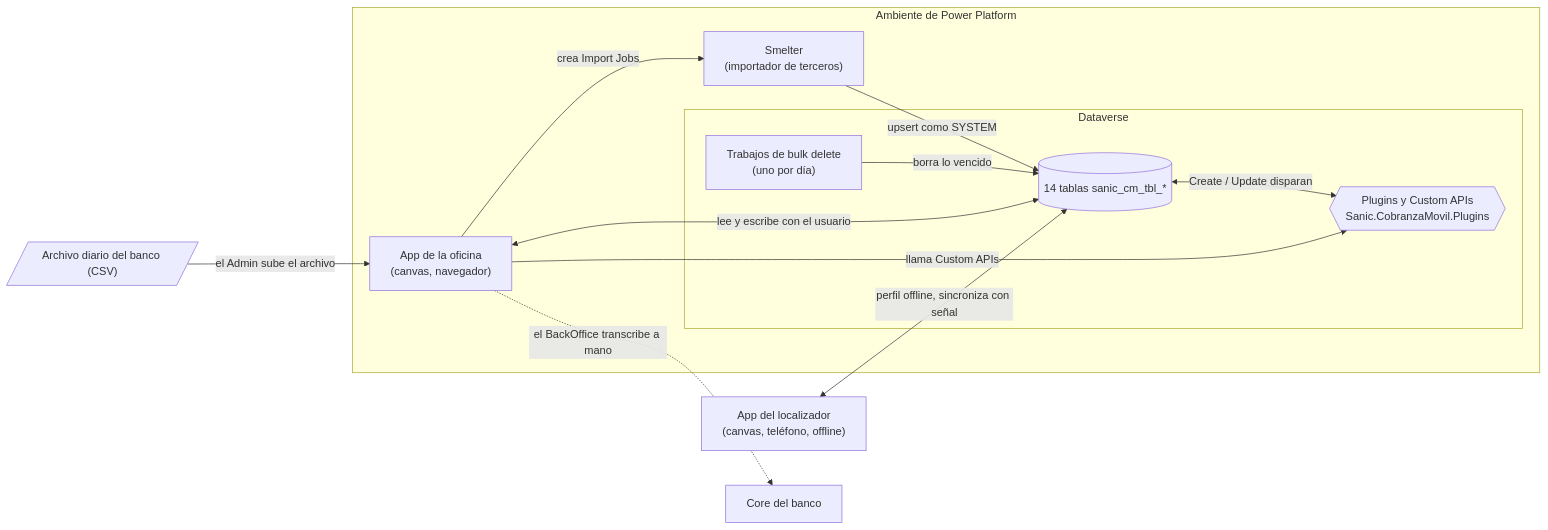
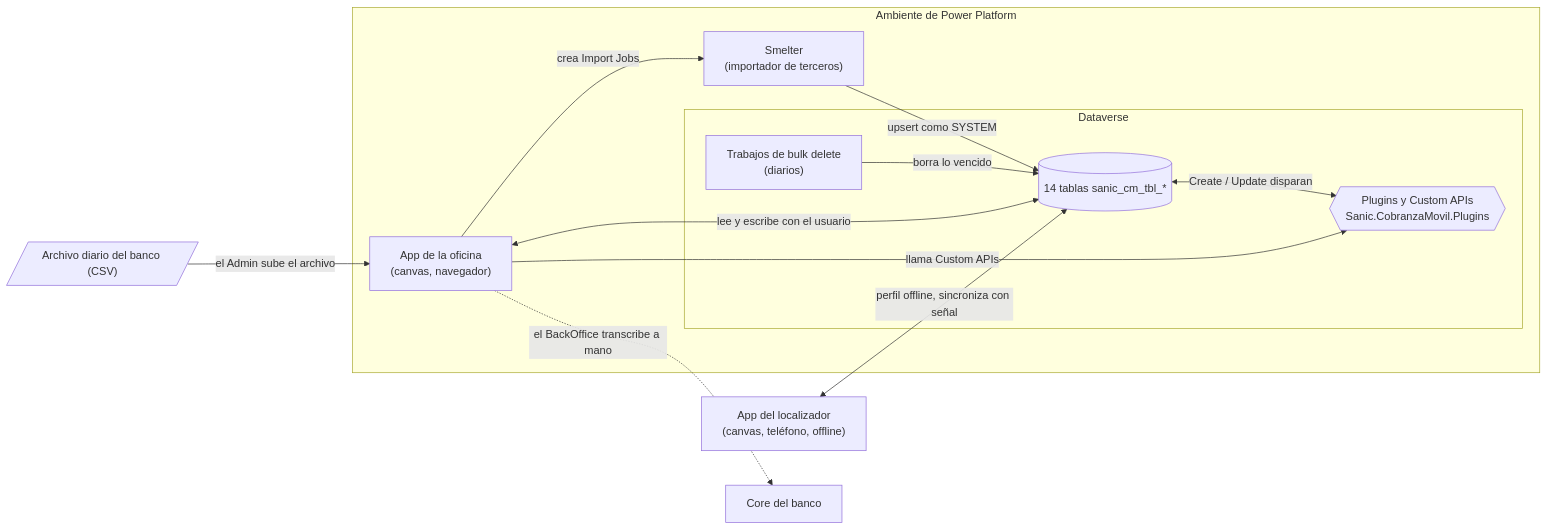
The first of 2 diagrams in docs/tecnica/01-arquitectura.md (breaking-bytes-dev/cobranza-movil), drawn with Mermaid before and after one commit. The commit also changed other lines of this file and 20 other files, not shown here.

````diff
--- a/docs/tecnica/01-arquitectura.md
+++ b/docs/tecnica/01-arquitectura.md
@@ -9,24 +9,24 @@
 ```mermaid
 flowchart LR
     BANCO[/"Archivo diario del banco (CSV)"/]
     LOC["App del localizador<br/>(canvas, teléfono, offline)"]
     CORE["Core del banco"]
     subgraph PP["Ambiente de Power Platform"]
         BO["App de la oficina<br/>(canvas, navegador)"]
         SM["Smelter<br/>(importador de terceros)"]
         subgraph DV["Dataverse"]
             T[("14 tablas sanic_cm_tbl_*")]
             PL{{"Plugins y Custom APIs<br/>Sanic.CobranzaMovil.Plugins"}}
-            BD["Trabajos de bulk delete<br/>(uno por día)"]
+            BD["Trabajos de bulk delete<br/>(diarios)"]
         end
     end
     BANCO -->|"el Admin sube el archivo"| BO
     BO -->|"crea Import Jobs"| SM
     SM -->|"upsert como SYSTEM"| T
     T <-->|"Create / Update disparan"| PL
     BO <-->|"lee y escribe con el usuario"| T
     BO -->|"llama Custom APIs"| PL
     LOC <-->|"perfil offline, sincroniza con señal"| T
     BD -->|"borra lo vencido"| T
     BO -.->|"el BackOffice transcribe a mano"| CORE
 ```
````
